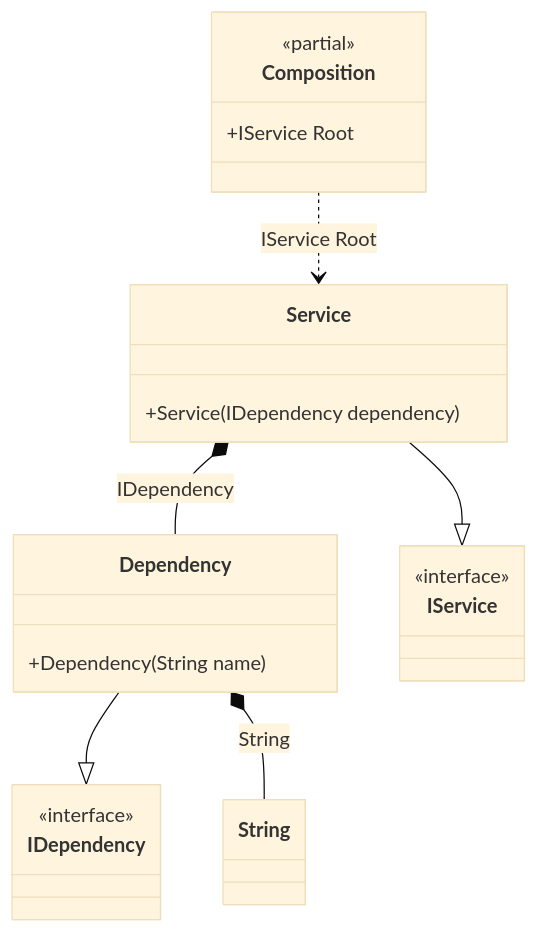
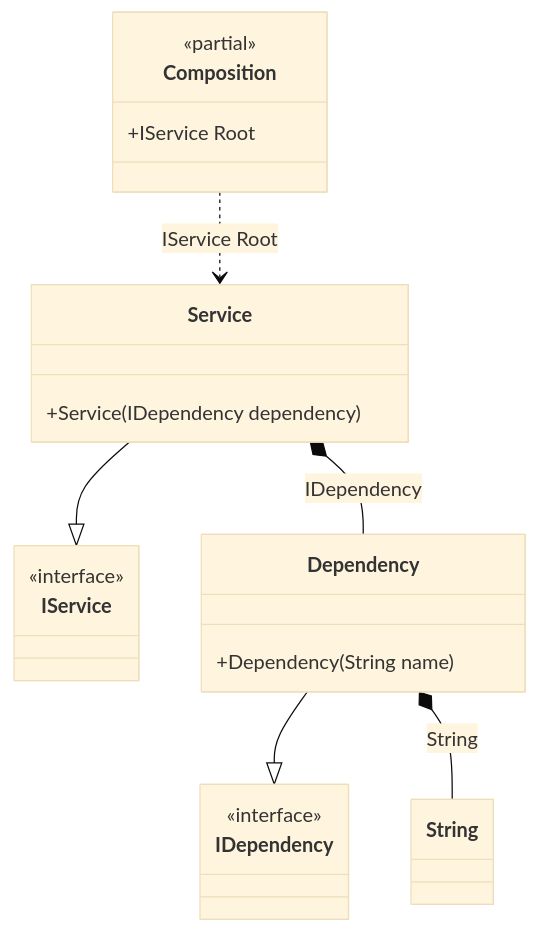
Before and after one commit to DevTeam/Pure.DI: the diagram in readme/oncannotresolve-hint.md, drawn with Mermaid (base theme). The commit also changed other lines of this file and 92 other files, not shown here.

````diff
--- a/readme/oncannotresolve-hint.md
+++ b/readme/oncannotresolve-hint.md
@@ -96,25 +96,25 @@
 ```mermaid
 classDiagram
 	class Composition {
 		<<partial>>
 		+IService Root
 	}
+	Service --|> IService
+	class Service {
+		+Service(IDependency dependency)
+	}
 	class String
 	Dependency --|> IDependency
 	class Dependency {
 		+Dependency(String name)
 	}
-	Service --|> IService
-	class Service {
-		+Service(IDependency dependency)
+	class IService {
+		<<interface>>
 	}
 	class IDependency {
 		<<interface>>
 	}
-	class IService {
-		<<interface>>
-	}
 	Composition ..> Service : IService Root
+	Service *--  Dependency : IDependency
 	Dependency *--  String : String
-	Service *--  Dependency : IDependency
 ```
````
